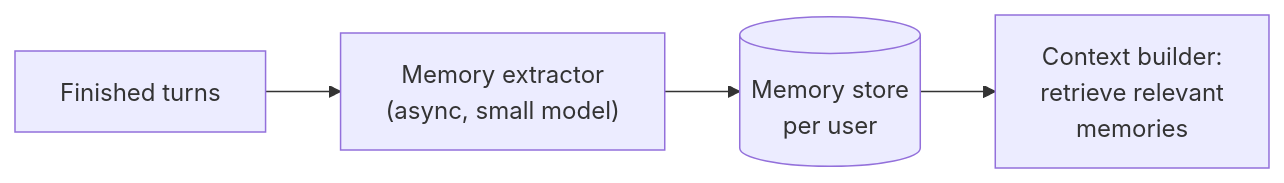
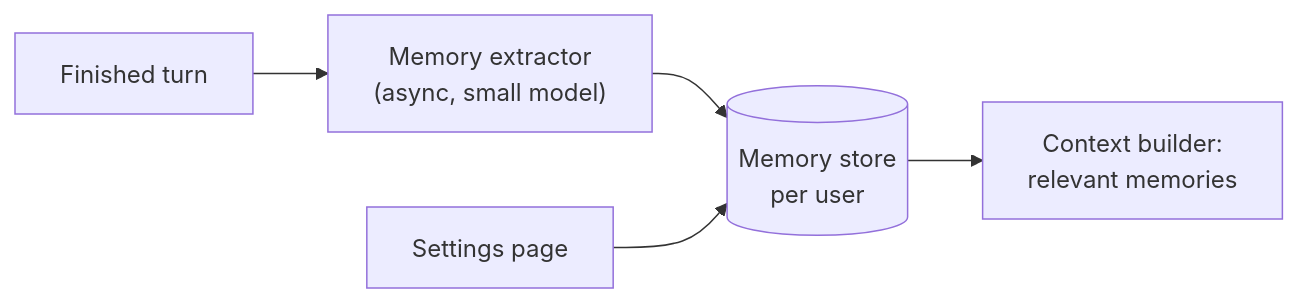
Before and after one commit to shubamchaudhary/CodeNITW: the second of 3 diagrams in src/Data/aiStackDocs/DP-03.md, drawn with Mermaid. The commit also changed other lines of this file and 15 other files, not shown here.

````diff
--- a/src/Data/aiStackDocs/DP-03.md
+++ b/src/Data/aiStackDocs/DP-03.md
@@ -103,6 +84,7 @@
 ```mermaid
 flowchart LR
-    CONV["Finished turns"] --> EX["Memory extractor<br/>(async, small model)"]
+    T["Finished turn"] --> EX["Memory extractor<br/>(async, small model)"]
     EX --> MS[("Memory store<br/>per user")]
-    MS --> CB["Context builder:<br/>retrieve relevant<br/>memories"]
+    MS --> CB["Context builder:<br/>relevant memories"]
+    U["Settings page"] --> MS
 ```
````
